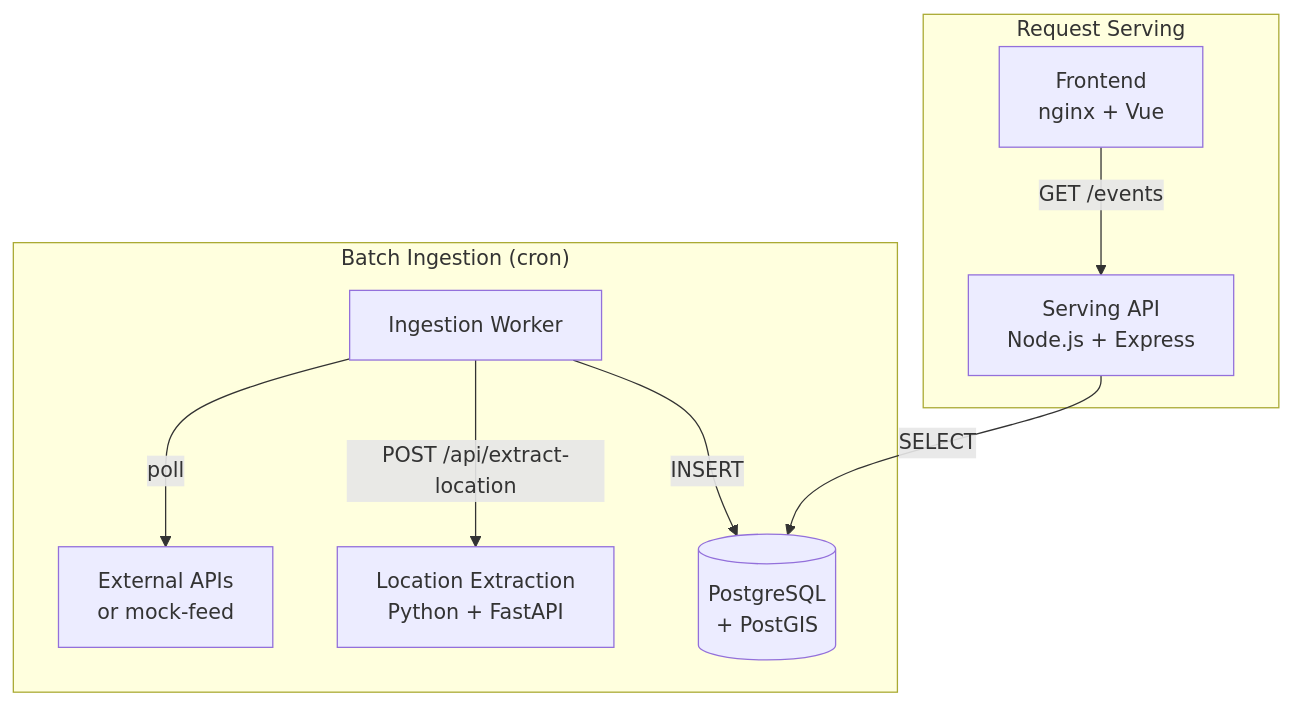
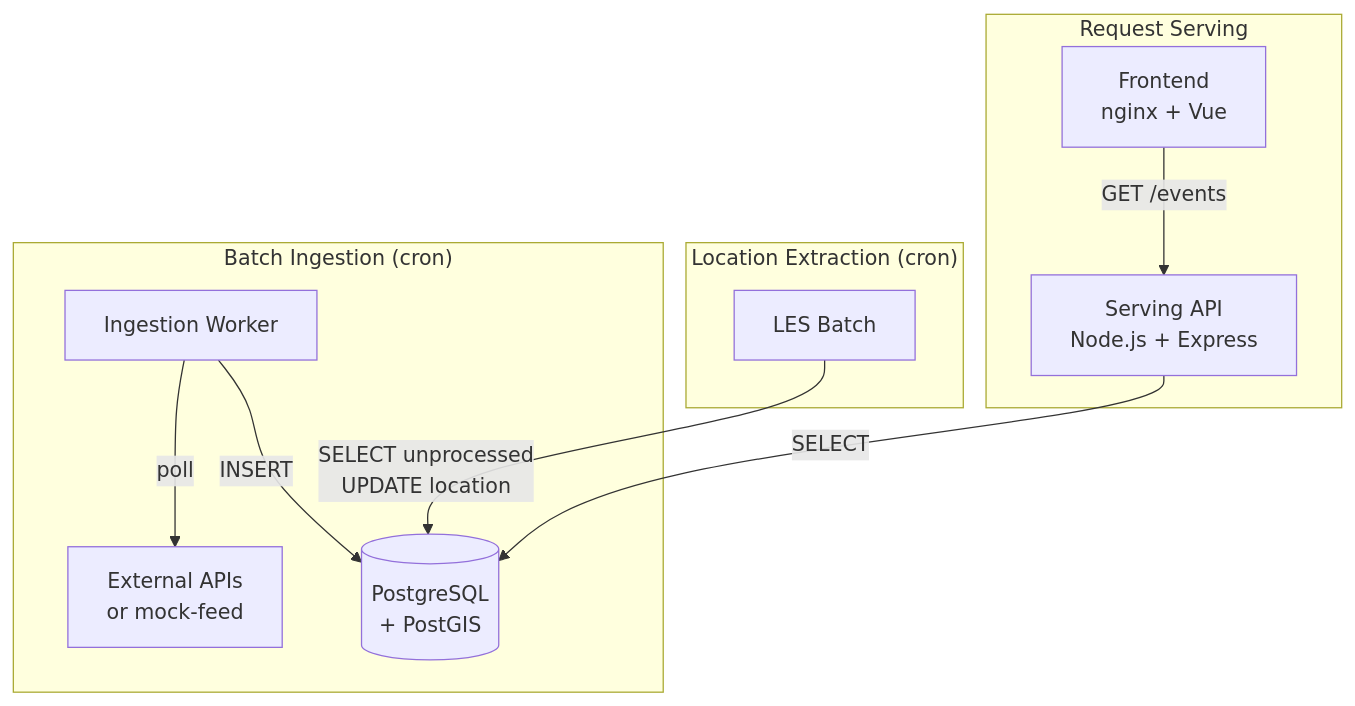
The first of 3 diagrams in docs/architecture/overview.md (ConnectedWanderer/living-map), drawn with Mermaid before and after one commit. The commit also changed other lines of this file and 13 other files, not shown here.

````diff
--- a/docs/architecture/overview.md
+++ b/docs/architecture/overview.md
@@ -22,13 +22,16 @@
 ```mermaid
 flowchart TD
     subgraph Ingestion["Batch Ingestion (cron)"]
         IW[Ingestion Worker] -->|poll| API[External APIs<br/>or mock-feed]
-        IW -->|POST /api/extract-location| LE[Location Extraction<br/>Python + FastAPI]
         IW -->|INSERT| DB[(PostgreSQL<br/>+ PostGIS)]
+    end
+
+    subgraph Enrichment["Location Extraction (cron)"]
+        LE[LES Batch] -->|SELECT unprocessed<br/>UPDATE location| DB
     end
 
     subgraph Serving["Request Serving"]
         F[Frontend<br/>nginx + Vue] -->|GET /events| SA[Serving API<br/>Node.js + Express]
         SA -->|SELECT| DB
     end
 ```
````
